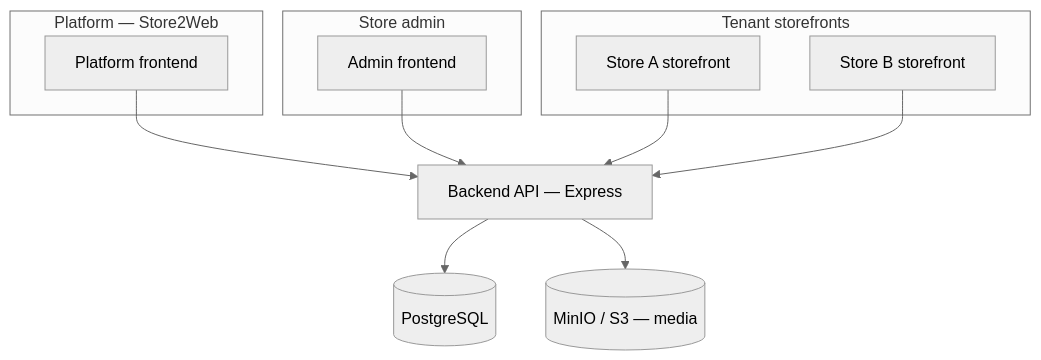
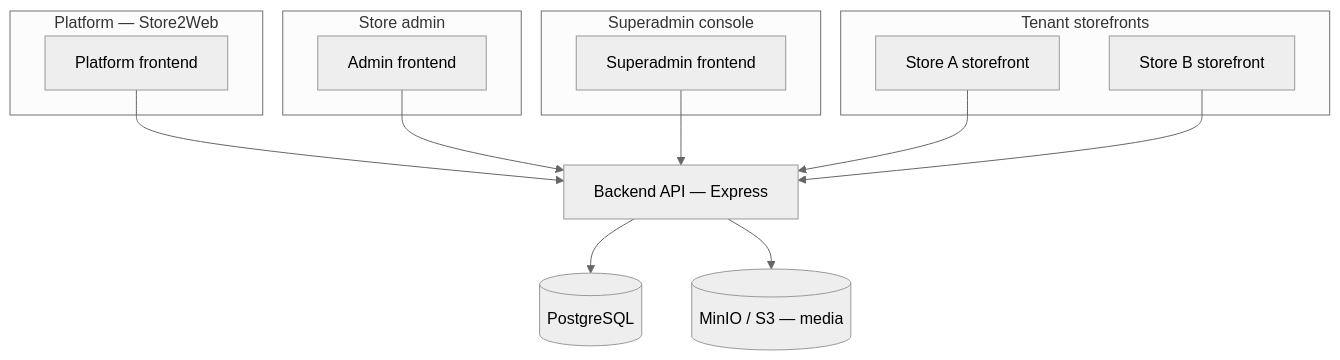
Before and after one commit to TharinduWijayarathna/store2web: the diagram in docs/architecture.md, drawn with Mermaid (neutral theme). The commit also changed other lines of this file and 7 other files, not shown here.

````diff
--- a/docs/architecture.md
+++ b/docs/architecture.md
@@ -5,26 +5,31 @@
 ```mermaid
 flowchart TB
   subgraph platform [Platform — Store2Web]
     PF[Platform frontend]
   end
 
   subgraph tenants [Tenant storefronts]
     SF1[Store A storefront]
     SF2[Store B storefront]
   end
 
   subgraph admin [Store admin]
     AF[Admin frontend]
   end
 
+  subgraph superadmin [Superadmin console]
+    SAF[Superadmin frontend]
+  end
+
   API[Backend API — Express]
   DB[(PostgreSQL)]
   S3[(MinIO / S3 — media)]
 
   PF --> API
   AF --> API
+  SAF --> API
   SF1 --> API
   SF2 --> API
   API --> DB
   API --> S3
 ```
````
